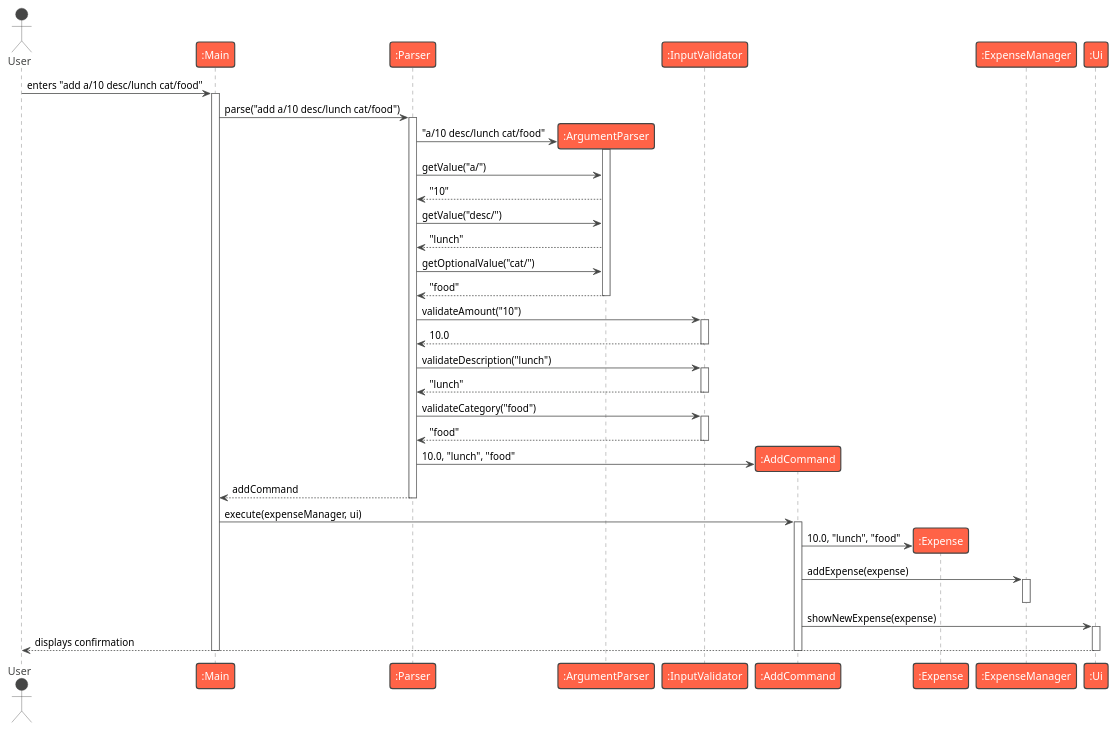
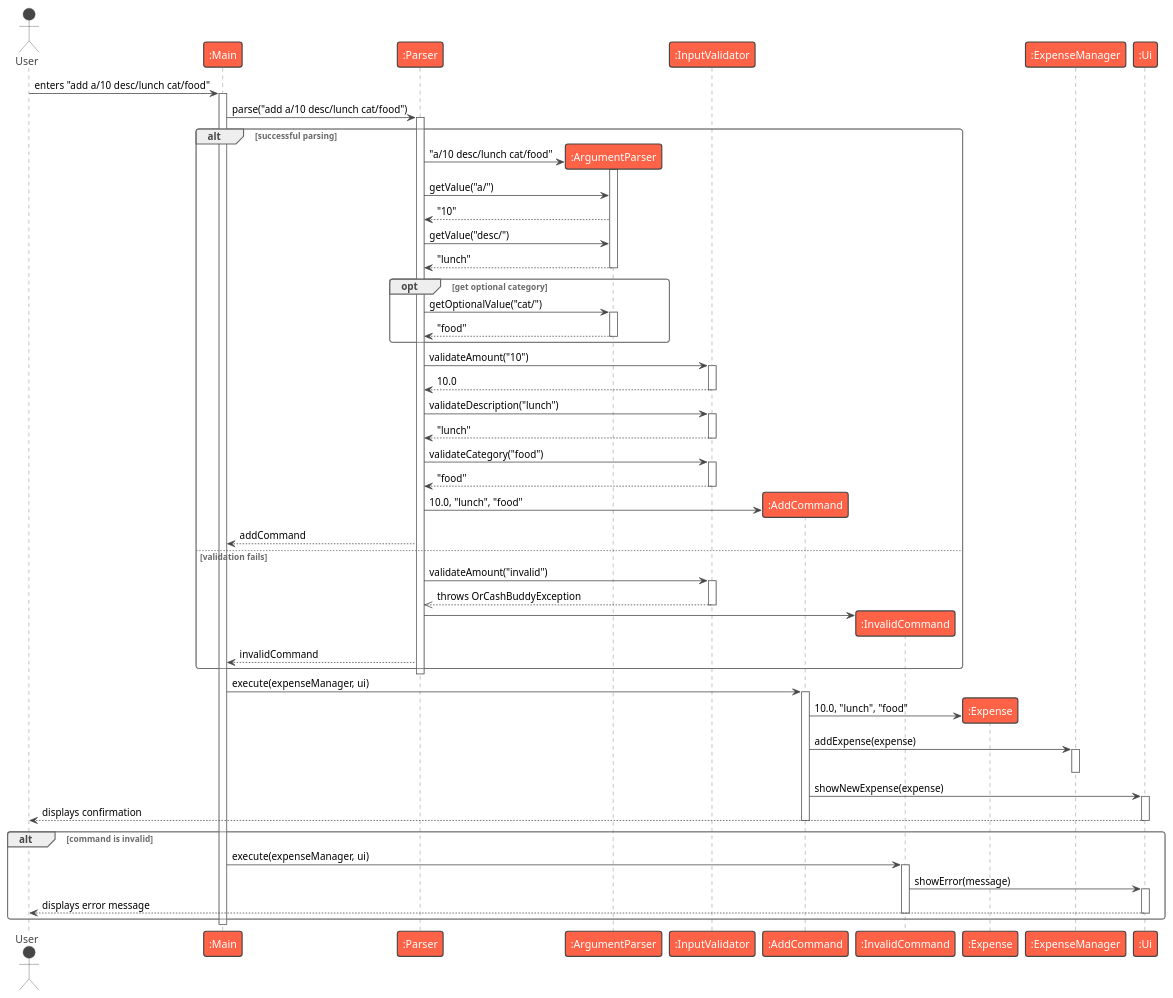
The diagram in docs/diagrams/add-sequence.puml (aydrienlaw/tp), drawn with PlantUML before and after one commit. The commit also changed 2 other files, not shown here.

Commit message:
feat: update sequence diagrams to include handling of invalid commands

```diff
--- a/docs/diagrams/add-sequence.puml
+++ b/docs/diagrams/add-sequence.puml
@@ -1,67 +1,98 @@
 @startuml
 !theme vibrant
 actor User
 participant ":Main" as Main
 participant ":Parser" as Parser
 participant ":ArgumentParser" as ArgumentParser
 participant ":InputValidator" as InputValidator
 participant ":AddCommand" as AddCommand
+participant ":InvalidCommand" as InvalidCommand
 participant ":Expense" as Expense
 participant ":ExpenseManager" as ExpenseManager
 participant ":Ui" as Ui
 
 User -> Main : enters "add a/10 desc/lunch cat/food"
 activate Main
 
 Main -> Parser : parse("add a/10 desc/lunch cat/food")
 activate Parser
 
-create ArgumentParser
-Parser -> ArgumentParser : "a/10 desc/lunch cat/food"
-activate ArgumentParser
-Parser -> ArgumentParser : getValue("a/")
-ArgumentParser --> Parser : "10"
-Parser -> ArgumentParser : getValue("desc/")
-ArgumentParser --> Parser : "lunch"
-Parser -> ArgumentParser : getOptionalValue("cat/")
-ArgumentParser --> Parser : "food"
-deactivate ArgumentParser
+alt successful parsing
 
-Parser -> InputValidator : validateAmount("10")
-activate InputValidator
-InputValidator --> Parser : 10.0
-deactivate InputValidator
-Parser -> InputValidator : validateDescription("lunch")
-activate InputValidator
-InputValidator --> Parser : "lunch"
-deactivate InputValidator
-Parser -> InputValidator : validateCategory("food")
-activate InputValidator
-InputValidator --> Parser : "food"
-deactivate InputValidator
+    create ArgumentParser
+    Parser -> ArgumentParser : "a/10 desc/lunch cat/food"
+    activate ArgumentParser
+    Parser -> ArgumentParser : getValue("a/")
+    ArgumentParser --> Parser : "10"
+    Parser -> ArgumentParser : getValue("desc/")
+    ArgumentParser --> Parser : "lunch"
+    deactivate ArgumentParser
 
-create AddCommand
-Parser -> AddCommand : 10.0, "lunch", "food"
-Parser --> Main : addCommand
+    opt get optional category
+        Parser -> ArgumentParser : getOptionalValue("cat/")
+        activate ArgumentParser
+        ArgumentParser --> Parser : "food"
+        deactivate ArgumentParser
+    end
+
+    Parser -> InputValidator : validateAmount("10")
+    activate InputValidator
+    InputValidator --> Parser : 10.0
+    deactivate InputValidator
+    Parser -> InputValidator : validateDescription("lunch")
+    activate InputValidator
+    InputValidator --> Parser : "lunch"
+    deactivate InputValidator
+    Parser -> InputValidator : validateCategory("food")
+    activate InputValidator
+    InputValidator --> Parser : "food"
+    deactivate InputValidator
+
+    create AddCommand
+    Parser -> AddCommand : 10.0, "lunch", "food"
+    Parser --> Main : addCommand
+
+else validation fails
+
+    Parser -> InputValidator : validateAmount("invalid")
+    activate InputValidator
+    InputValidator -->> Parser : throws OrCashBuddyException
+    deactivate InputValidator
+
+    create InvalidCommand
+    Parser -> InvalidCommand
+    Parser --> Main : invalidCommand
+
+end
 
 deactivate Parser
 
 Main -> AddCommand : execute(expenseManager, ui)
 activate AddCommand
 
 create Expense
 AddCommand -> Expense : 10.0, "lunch", "food"
 
 AddCommand -> ExpenseManager : addExpense(expense)
 activate ExpenseManager
 deactivate ExpenseManager
 
 AddCommand -> Ui : showNewExpense(expense)
 activate Ui
 Ui --> User : displays confirmation
 deactivate Ui
 
 deactivate AddCommand
 
+alt command is invalid
+    Main -> InvalidCommand : execute(expenseManager, ui)
+    activate InvalidCommand
+    InvalidCommand -> Ui : showError(message)
+    activate Ui
+    Ui --> User : displays error message
+    deactivate Ui
+    deactivate InvalidCommand
+end
+
 deactivate Main
 @enduml
```
